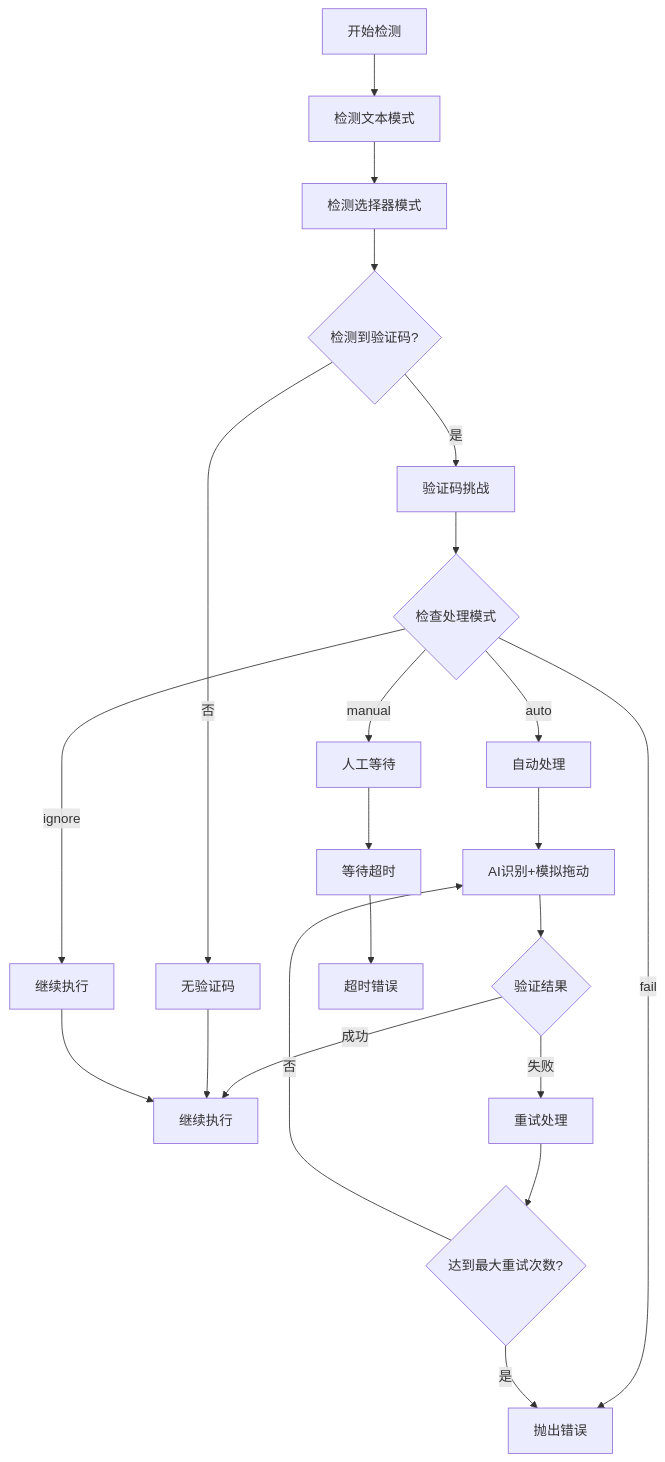
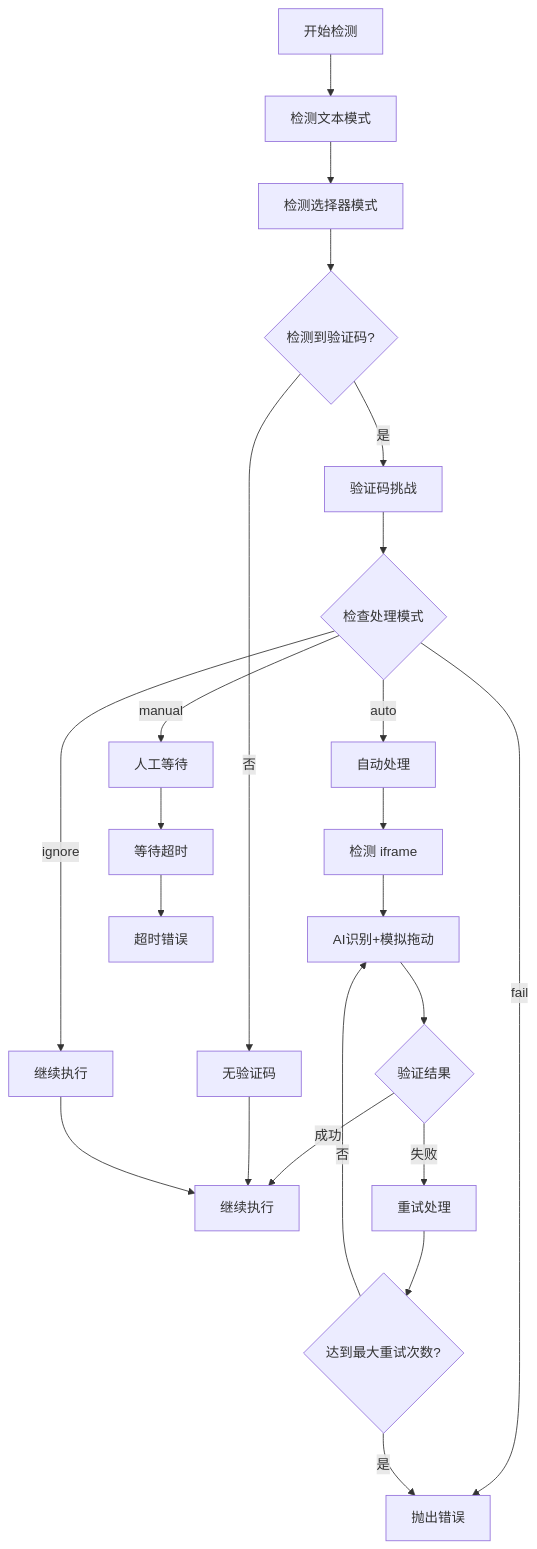
One commit to Jiane-EJ/playwright-mind changed the second of 7 diagrams in .qoder/repowiki/zh/content/第一阶段开发工作流/第一段登录验证码处理增强.md. Above: the diagram before and after it, drawn with Mermaid. The commit also changed other lines of this file and 19 other files, not shown here.

````diff
--- a/.qoder/repowiki/zh/content/第一阶段开发工作流/第一段登录验证码处理增强.md
+++ b/.qoder/repowiki/zh/content/第一阶段开发工作流/第一段登录验证码处理增强.md
@@ -93,24 +101,25 @@
 ```mermaid
 flowchart TD
 Start[开始检测] --> TextPattern[检测文本模式]
 TextPattern --> SelectorPattern[检测选择器模式]
 SelectorPattern --> DetectResult{检测到验证码?}
 DetectResult --> |是| ChallengeDetected[验证码挑战]
 DetectResult --> |否| NoChallenge[无验证码]
 ChallengeDetected --> ModeCheck{检查处理模式}
 ModeCheck --> |auto| AutoHandle[自动处理]
 ModeCheck --> |manual| ManualWait[人工等待]
 ModeCheck --> |fail| FailError[抛出错误]
 ModeCheck --> |ignore| IgnoreCheck[继续执行]
-AutoHandle --> SolveCaptcha[AI识别+模拟拖动]
+AutoHandle --> FrameDetection[检测 iframe]
+FrameDetection --> SolveCaptcha[AI识别+模拟拖动]
 ManualWait --> WaitTimeout[等待超时]
 SolveCaptcha --> VerifyResult{验证结果}
 VerifyResult --> |成功| Continue[继续执行]
 VerifyResult --> |失败| Retry[重试处理]
 Retry --> MaxRetry{达到最大重试次数?}
 MaxRetry --> |是| FailError
 MaxRetry --> |否| SolveCaptcha
 WaitTimeout --> TimeoutError[超时错误]
 NoChallenge --> Continue
 IgnoreCheck --> Continue
 ```
````
